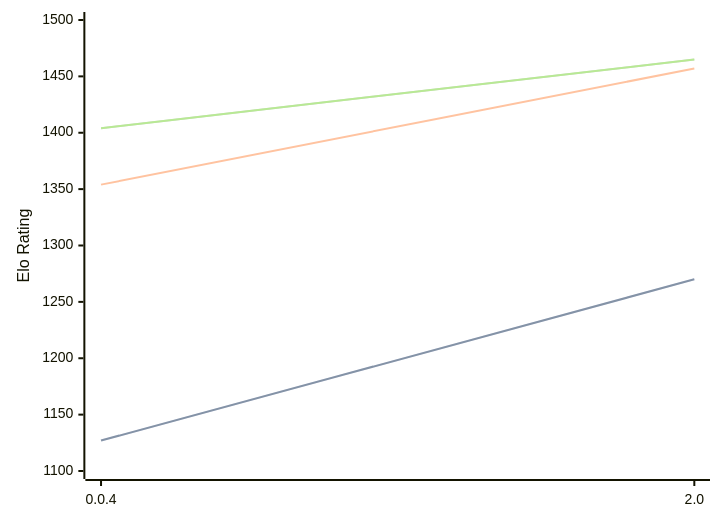
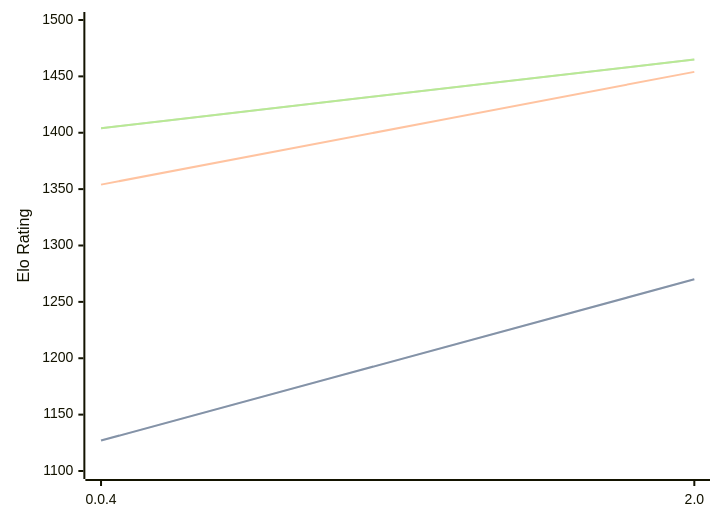
Before and after one commit to computer-chess-index/cci: the third of 3 diagrams in engines/Oops!Mate.md, drawn with Mermaid. The commit also changed other lines of this file, not shown here.

````diff
--- a/engines/Oops!Mate.md
+++ b/engines/Oops!Mate.md
@@ -85,11 +85,11 @@
 ```mermaid
 %%{init: {"theme":"base","themeVariables":{"seriesColors:['#a3a3a3','#222221','#faa371']}}}%%
 xychart-beta
   x-axis ["0.0.4", "2.0"]
   y-axis "Elo Rating" 1100 --> 1500
   line "STC (8.0+0.08s)" [1127, 1270]
   line "STC (8.0+0.08s)" [1127, 1270]
-  line "LTC (60.0+0.60s)" [1354, 1457]
+  line "LTC (60.0+0.60s)" [1354, 1454]
   line "VLTC (2m24s+1.12s)" [1404, 1465]
   line "VLTC (2m24s+1.12s)" [1404, 1465]
 ```
````
